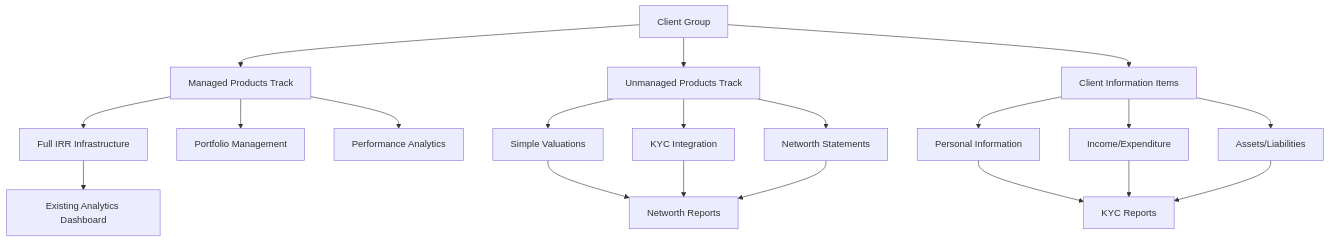
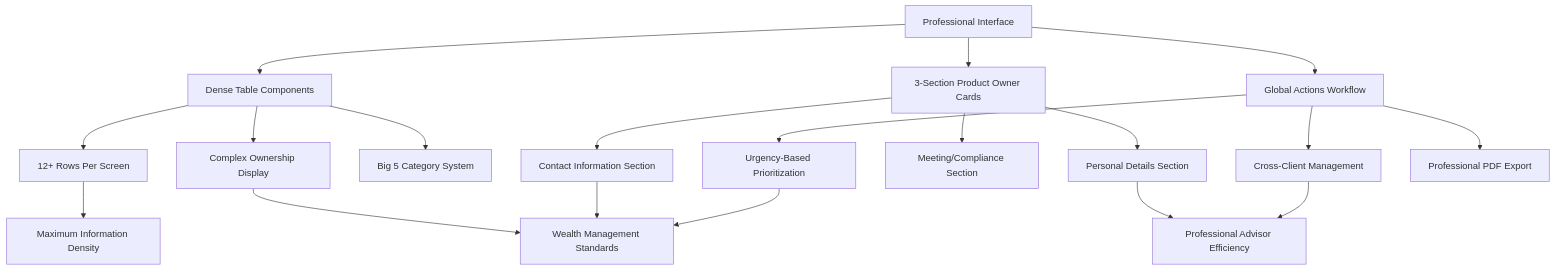
The diagram in docs/01_introduction/03_phase2_enhancement_overview.md (Animatic-AI-Solutions/kingstons_portal), drawn with Mermaid before and after one commit. The commit also changed other lines of this file and 1 other file, not shown here.

````diff
--- a/docs/01_introduction/03_phase2_enhancement_overview.md
+++ b/docs/01_introduction/03_phase2_enhancement_overview.md
@@ -47,26 +51,25 @@
 ```mermaid
 graph TD
-    A[Client Group] --> B[Managed Products Track]
-    A --> C[Unmanaged Products Track]
-    A --> D[Client Information Items]
+    A[Professional Interface] --> B[Dense Table Components]
+    A --> C[3-Section Product Owner Cards]
+    A --> D[Global Actions Workflow]
     
-    B --> E[Full IRR Infrastructure]
-    B --> F[Portfolio Management]
-    B --> G[Performance Analytics]
+    B --> E[12+ Rows Per Screen]
+    B --> F[Complex Ownership Display]
+    B --> G[Big 5 Category System]
     
-    C --> H[Simple Valuations]
-    C --> I[KYC Integration]
-    C --> J[Networth Statements]
+    C --> H[Personal Details Section]
+    C --> I[Contact Information Section]
+    C --> J[Meeting/Compliance Section]
     
-    D --> K[Personal Information]
-    D --> L[Income/Expenditure]
-    D --> M[Assets/Liabilities]
+    D --> K[Cross-Client Management]
+    D --> L[Urgency-Based Prioritization]
+    D --> M[Professional PDF Export]
     
-    E --> N[Existing Analytics Dashboard]
-    H --> O[Networth Reports]
-    I --> O
-    J --> O
-    K --> P[KYC Reports]
+    E --> N[Maximum Information Density]
+    H --> O[Professional Advisor Efficiency]
+    K --> O
+    F --> P[Wealth Management Standards]
+    I --> P
     L --> P
-    M --> P
 ```
````
